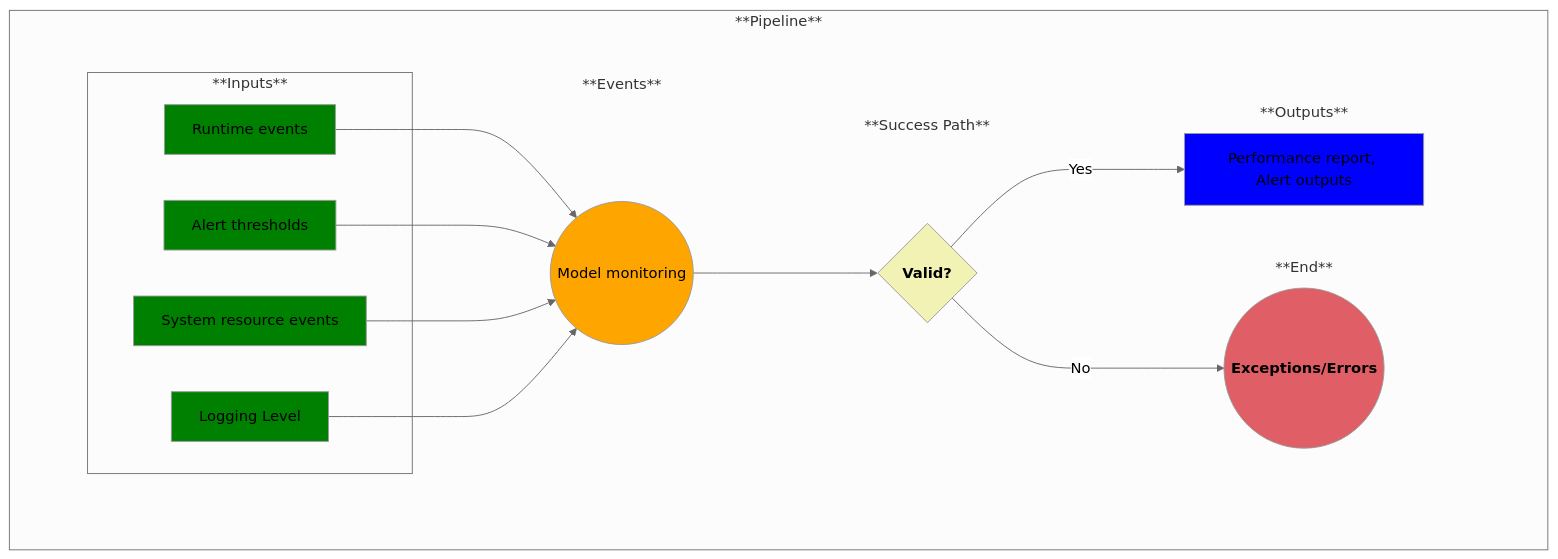
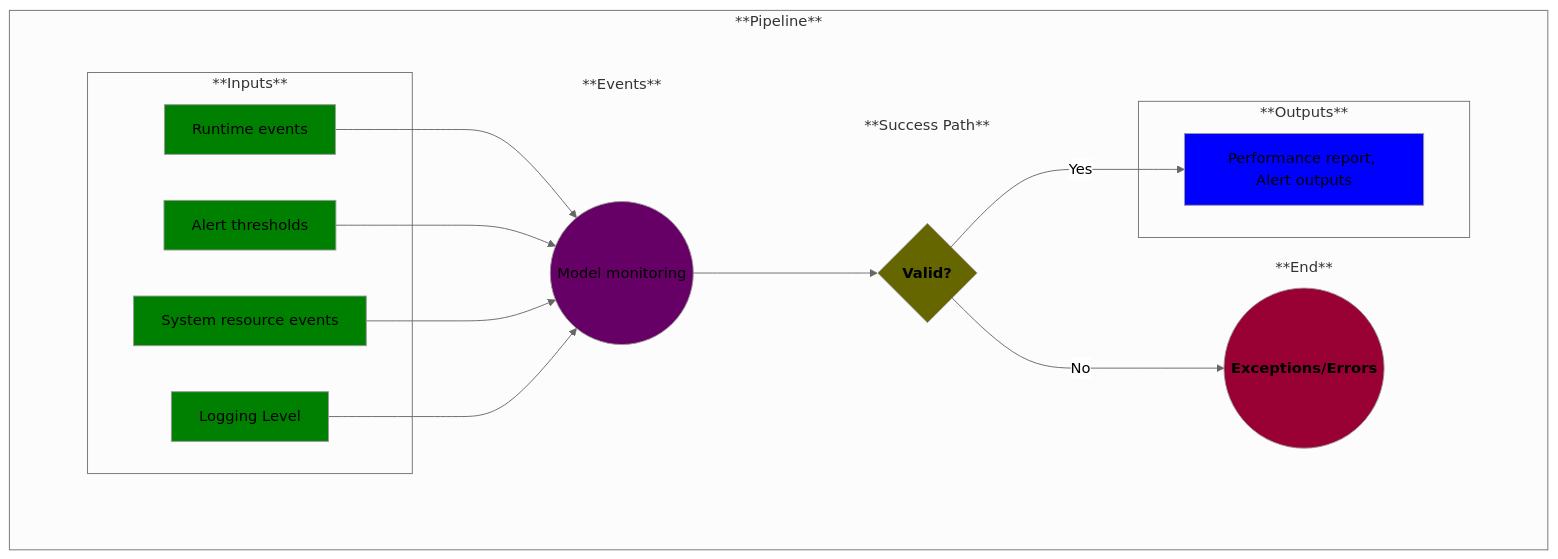
Before and after one commit to MLOps-OpenAPI/arch-diagrams: the diagram in use-cases/21-model-monitoring.md, drawn with Mermaid (neutral theme). The commit also changed 5 other files, not shown here.

```diff
--- a/use-cases/21-model-monitoring.md
+++ b/use-cases/21-model-monitoring.md
@@ -62,6 +62,9 @@
             subgraph Outputs ["**Outputs**"]
                 D
             end
+            subgraph Outputs ["**Outputs**"]
+                D
+            end
         end
         A1-->B
         A2-->B
@@ -91,13 +94,13 @@
     style A4 fill:green
 
     B((Model monitoring))
-    style B fill:orange
+    style B fill:#660066
 
     C{<b>Valid?</b>}
-    style C fill:#f1f2b3
+    style C fill:#666600
 
     E((<b>Exceptions/Errors</b>))
-    style E fill:#e05e65
+    style E fill:#990033
 
     D[Performance report, Alert outputs]
     style D fill:blue
```
